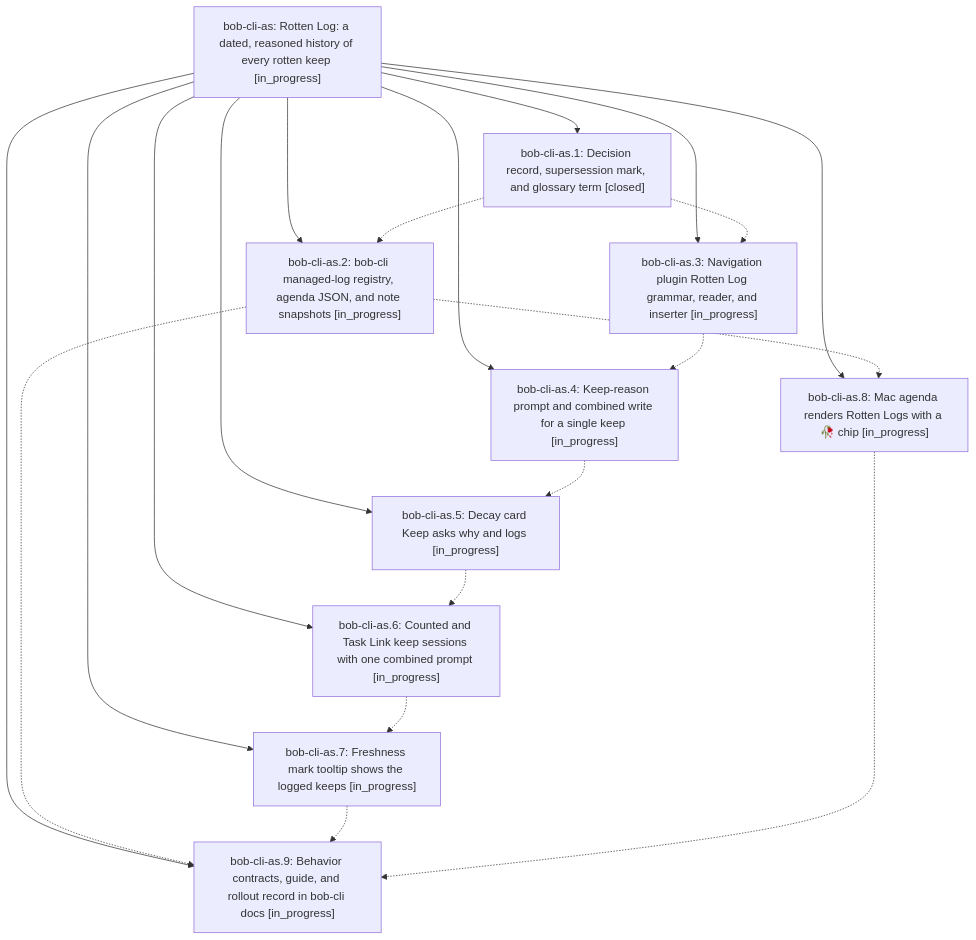
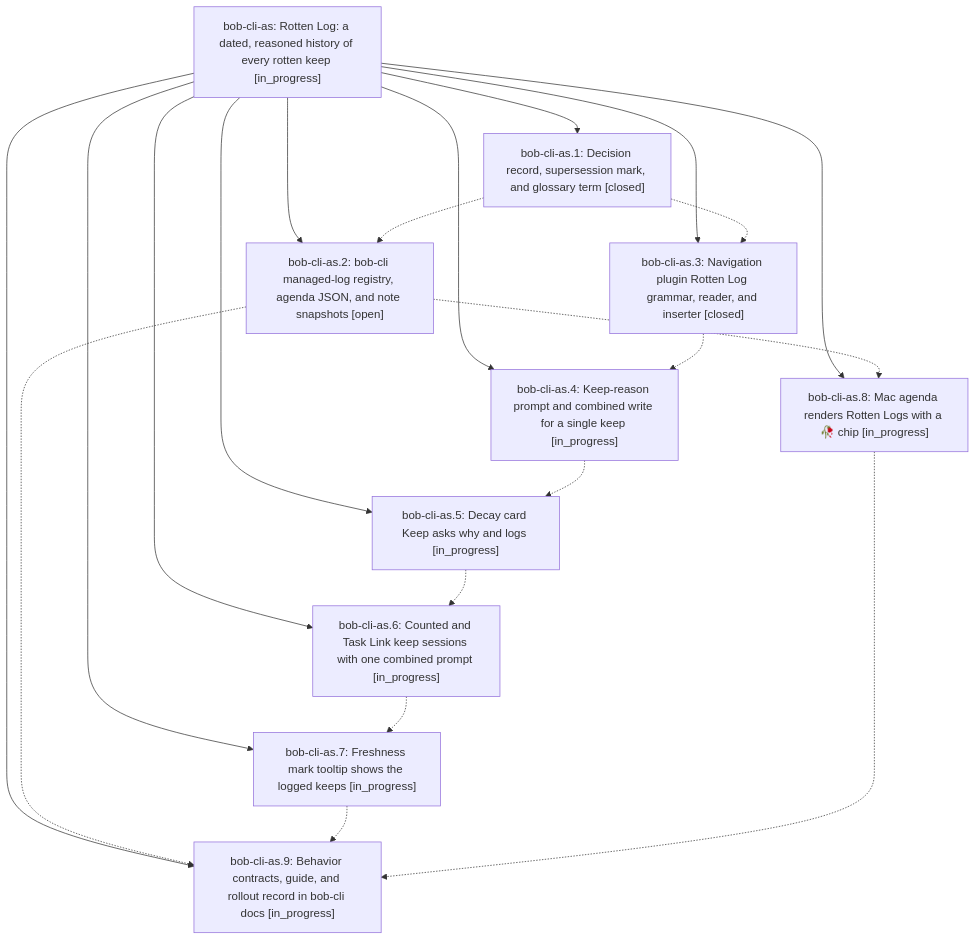
The diagram in pages/bob-cli-as/README.md (bobs-org/bob-cli--beads), drawn with Mermaid before and after one commit. The commit also changed other lines of this file and 6 other files, not shown here.

First line of the commit message:
chore(beads): sync bead state and pages for bob-cli-as

````diff
--- a/pages/bob-cli-as/README.md
+++ b/pages/bob-cli-as/README.md
@@ -30,32 +30,32 @@
 ```mermaid
 flowchart TD
     n0["bob-cli-as: Rotten Log: a dated, reasoned history of every rotten keep [in_progress]"]
     n1["bob-cli-as.1: Decision record, supersession mark, and glossary term [closed]"]
-    n2["bob-cli-as.2: bob-cli managed-log registry, agenda JSON, and note snapshots [in_progress]"]
-    n3["bob-cli-as.3: Navigation plugin Rotten Log grammar, reader, and inserter [in_progress]"]
+    n2["bob-cli-as.2: bob-cli managed-log registry, agenda JSON, and note snapshots [open]"]
+    n3["bob-cli-as.3: Navigation plugin Rotten Log grammar, reader, and inserter [closed]"]
     n4["bob-cli-as.4: Keep-reason prompt and combined write for a single keep [in_progress]"]
     n5["bob-cli-as.5: Decay card Keep asks why and logs [in_progress]"]
     n6["bob-cli-as.6: Counted and Task Link keep sessions with one combined prompt [in_progress]"]
     n7["bob-cli-as.7: Freshness mark tooltip shows the logged keeps [in_progress]"]
     n8["bob-cli-as.8: Mac agenda renders Rotten Logs with a 🥀 chip [in_progress]"]
     n9["bob-cli-as.9: Behavior contracts, guide, and rollout record in bob-cli docs [in_progress]"]
     n0 --> n1
     n0 --> n2
     n0 --> n3
     n0 --> n4
     n0 --> n5
     n0 --> n6
     n0 --> n7
     n0 --> n8
     n0 --> n9
     n1 -.-> n2
     n1 -.-> n3
     n2 -.-> n8
     n2 -.-> n9
     n3 -.-> n4
     n4 -.-> n5
     n5 -.-> n6
     n6 -.-> n7
     n7 -.-> n9
     n8 -.-> n9
 ```
````
